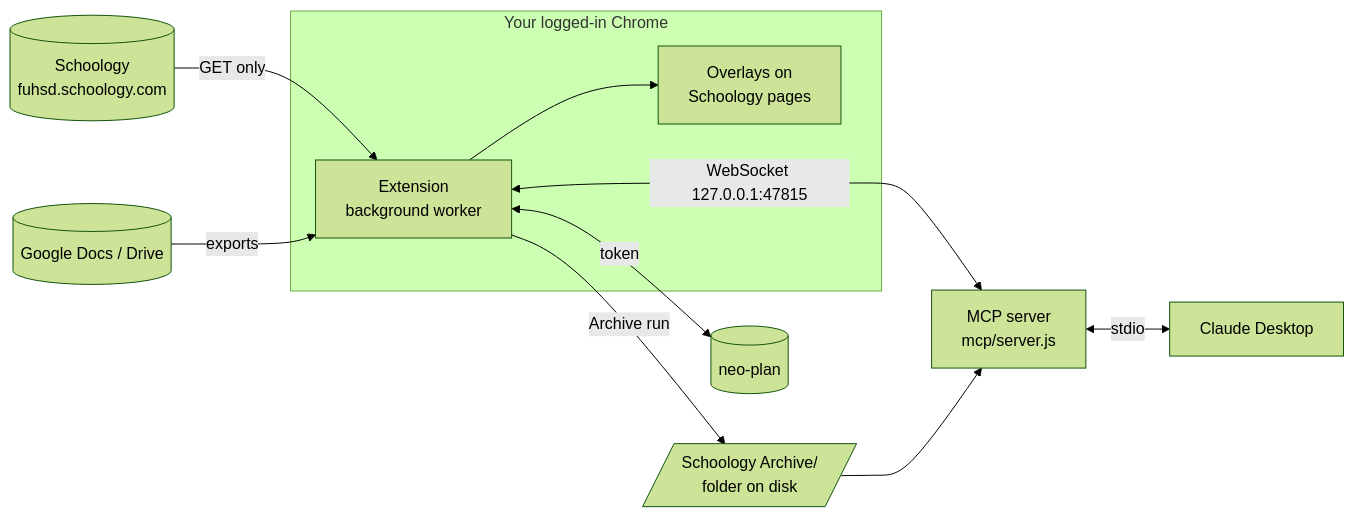
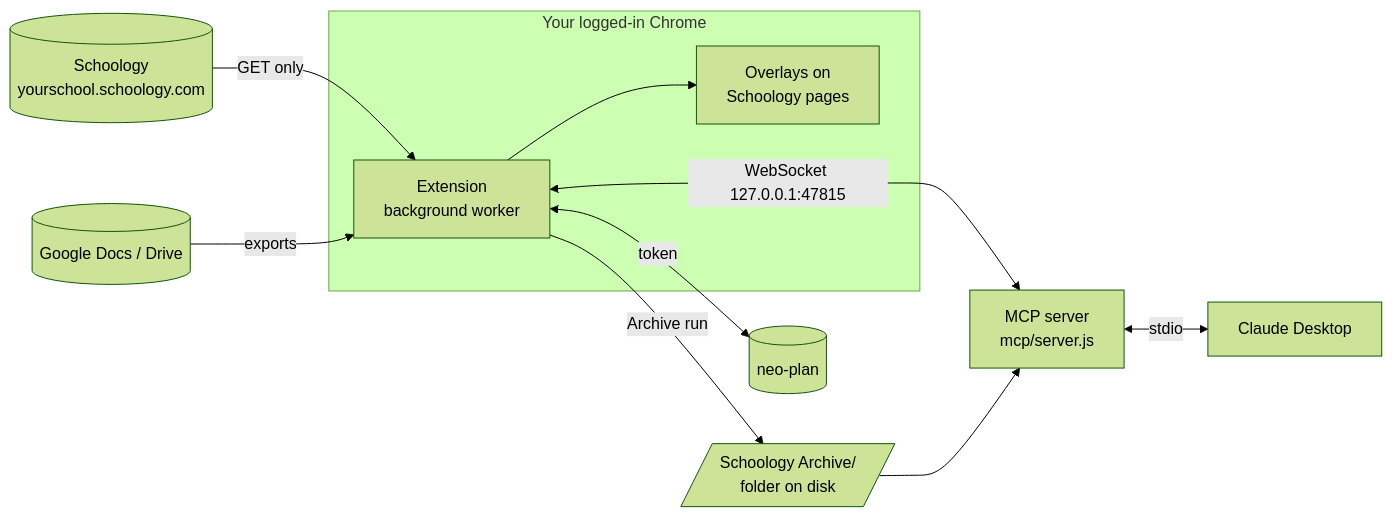
One commit to obfuscated-tm/schoology_downloader changed the diagram in README.md. Above: the diagram before and after it, drawn with Mermaid (forest theme). The commit also changed other lines of this file and 4 other files, not shown here.

````diff
--- a/README.md
+++ b/README.md
@@ -43,24 +58,24 @@
 ```mermaid
 flowchart LR
-    S[(Schoology<br/>fuhsd.schoology.com)]
+    S[(Schoology<br/>yourschool.schoology.com)]
     G[(Google Docs / Drive)]
     N[(neo-plan)]
 
     subgraph Chrome [Your logged-in Chrome]
       E[Extension<br/>background worker]
       O[Overlays on<br/>Schoology pages]
     end
 
     A[/"Schoology Archive/<br/>folder on disk"/]
     M[MCP server<br/>mcp/server.js]
     C[Claude Desktop]
 
     S -- GET only --> E
     G -- exports --> E
     E --> O
     E -- Archive run --> A
     E <-- token --> N
     E <-- "WebSocket 127.0.0.1:47815" --> M
     A --> M
     M <-- stdio --> C
 ```
````
